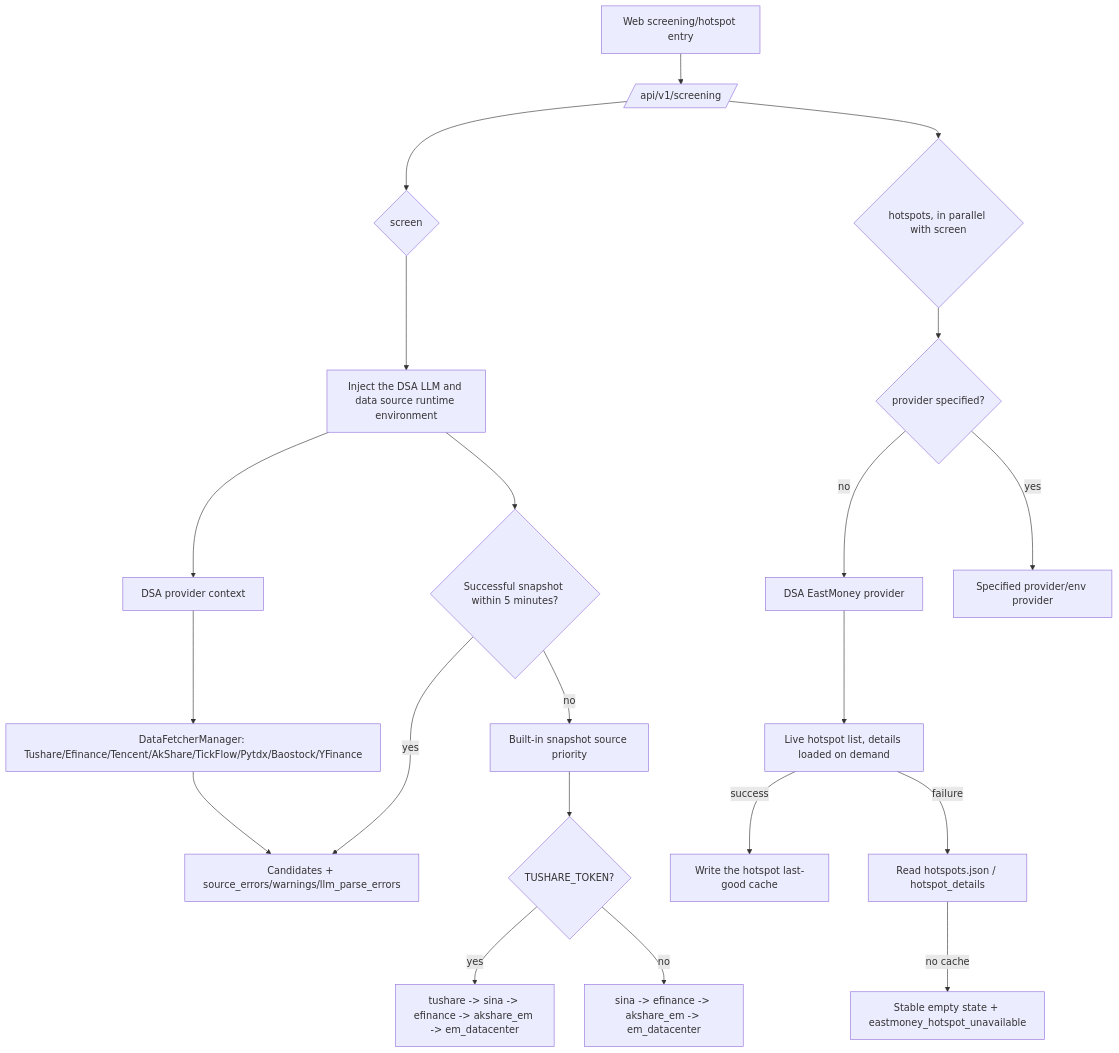
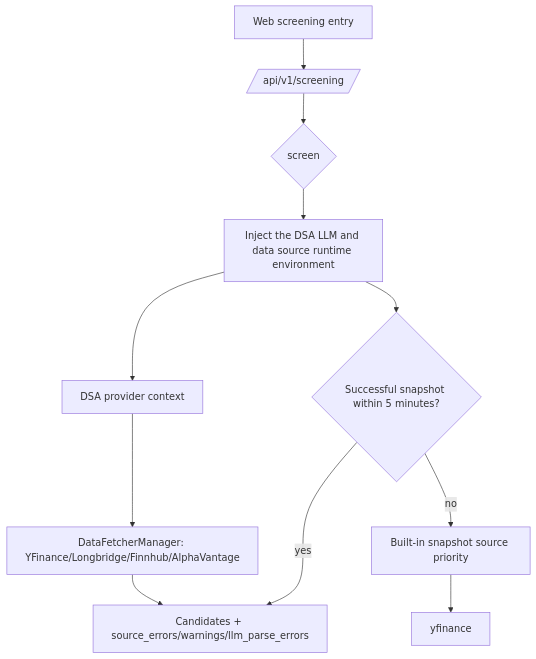
One commit to sayaara/dsa changed the third of 3 diagrams in docs/data-source-stability.md. Above: the diagram before and after it, drawn with Mermaid. The commit also changed other lines of this file and 38 other files, not shown here.

First line of the commit message:
refactor: make screening US-only and remove the Eastmoney hot-theme feature

````diff
--- a/docs/data-source-stability.md
+++ b/docs/data-source-stability.md
@@ -115,25 +111,15 @@
 ```mermaid
 flowchart TD
-    UI[Web screening/hotspot entry] --> API[/api/v1/screening/]
+    UI[Web screening entry] --> API[/api/v1/screening/]
 
     API --> SCREEN{screen}
     SCREEN --> ENV[Inject the DSA LLM and data source runtime environment]
     ENV --> CACHE{Successful snapshot within 5 minutes?}
     CACHE -->|yes| RESULT
     CACHE -->|no| SNAP[Built-in snapshot source priority]
-    SNAP --> TS{TUSHARE_TOKEN?}
-    TS -->|yes| SP1[tushare -> sina -> efinance -> akshare_em -> em_datacenter]
-    TS -->|no| SP2[sina -> efinance -> akshare_em -> em_datacenter]
+    SNAP --> SP[yfinance]
     ENV --> DAILY[DSA provider context]
-    DAILY --> DFM[DataFetcherManager: Tushare/Efinance/Tencent/AkShare/TickFlow/Pytdx/Baostock/YFinance]
+    DAILY --> DFM[DataFetcherManager: YFinance/Longbridge/Finnhub/AlphaVantage]
     DFM --> RESULT[Candidates + source_errors/warnings/llm_parse_errors]
 
-    API --> HOT{hotspots, in parallel with screen}
-    HOT --> HP{provider specified?}
-    HP -->|no| EM[DSA EastMoney provider]
-    HP -->|yes| CUSTOM[Specified provider/env provider]
-    EM --> LIVE[Live hotspot list, details loaded on demand]
-    LIVE -->|success| HCACHE[Write the hotspot last-good cache]
-    LIVE -->|failure| OLD[Read hotspots.json / hotspot_details]
-    OLD -->|no cache| EMPTY[Stable empty state + eastmoney_hotspot_unavailable]
 ```
````
